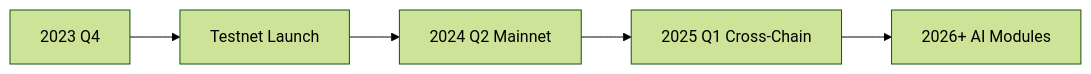
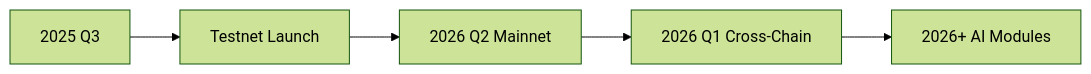
One commit to Dyspian/erc7799 changed the sixth of 6 diagrams in whitepaper.md. Above: the diagram before and after it, drawn with Mermaid (forest theme).

````diff
--- a/whitepaper.md
+++ b/whitepaper.md
@@ -198,7 +198,7 @@
 ```mermaid
 graph LR
-    A[2023 Q4] --> B[Testnet Launch]
-    B --> C[2024 Q2 Mainnet]
-    C --> D[2025 Q1 Cross-Chain]
+    A[2025 Q3] --> B[Testnet Launch]
+    B --> C[2026 Q2 Mainnet]
+    C --> D[2026 Q1 Cross-Chain]
     D --> E[2026+ AI Modules]
 ```
````
